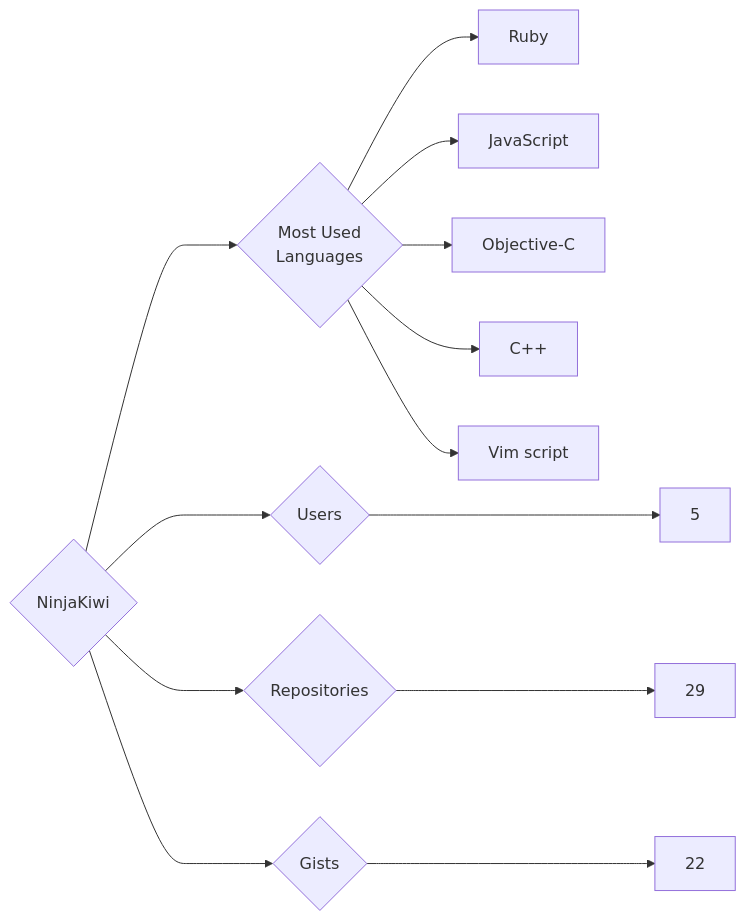
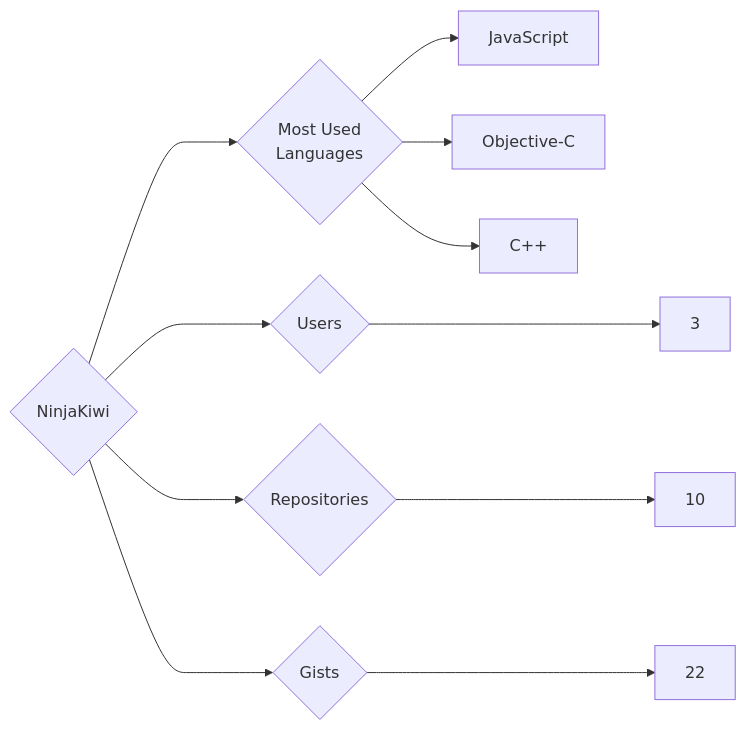
The diagram in targets/NinjaKiwi/README.md (trickest/insiders), drawn with Mermaid before and after one commit. The commit also changed 725 other files, not shown here.

````diff
--- a/targets/NinjaKiwi/README.md
+++ b/targets/NinjaKiwi/README.md
@@ -3,13 +3,11 @@
 ```mermaid
 graph LR
 COMPANY_NAME{NinjaKiwi}
-COMPANY_NAME ---> U{Users} ---> UN[5]
-COMPANY_NAME ---> R{Repositories} ---> RN[29]
+COMPANY_NAME ---> U{Users} ---> UN[3]
+COMPANY_NAME ---> R{Repositories} ---> RN[10]
 COMPANY_NAME ---> G{Gists} ---> GN[22]
 COMPANY_NAME ---> ML{Most Used<br>Languages}
-ML --> Ruby[Ruby]
 ML --> JavaScript[JavaScript]
 ML --> Objective-C[Objective-C]
 ML --> C++[C++]
-ML --> Vim_script[Vim script]
 ```
````
